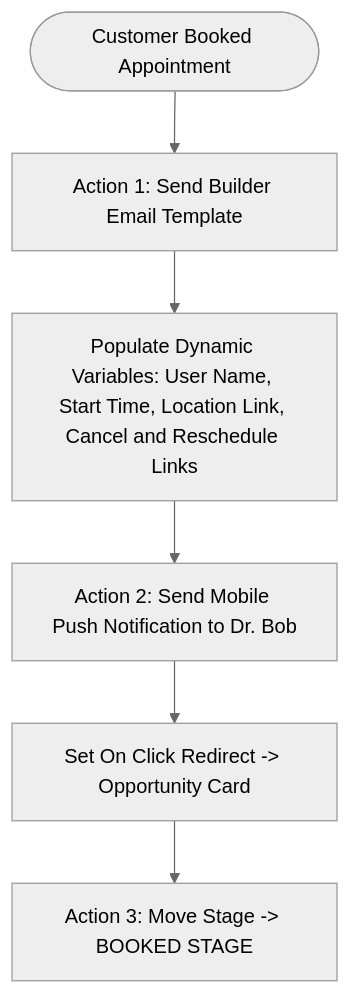
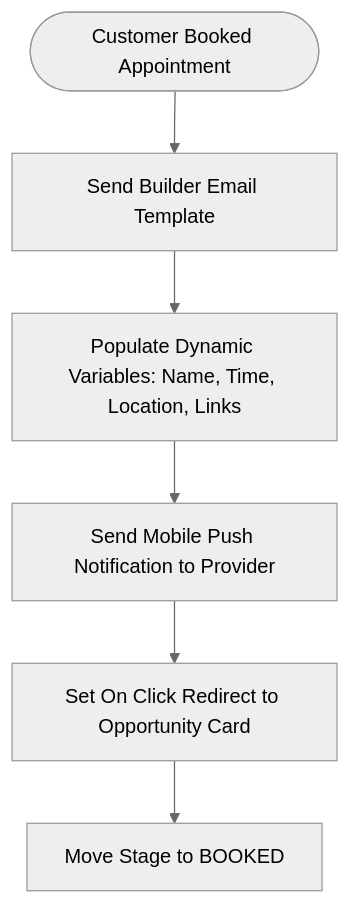
The fourth of 5 diagrams in content/articles/high-performance-gohighlevel-workflows.md (DerrickMits/ledger_article_site), drawn with Mermaid (neutral theme) before and after one commit. The commit also changed other lines of this file, not shown here.

First line of the commit message:
Shorten mermaid diagram node labels to fit inside shapes

````diff
--- a/content/articles/high-performance-gohighlevel-workflows.md
+++ b/content/articles/high-performance-gohighlevel-workflows.md
@@ -96,8 +96,8 @@
 ```mermaid
 flowchart TD
-    Trigger([Customer Booked Appointment]) --> Email[Action 1: Send Builder Email Template]
-    Email --> Variables[Populate Dynamic Variables: User Name, Start Time, Location Link, Cancel and Reschedule Links]
-    Variables --> AppPush[Action 2: Send Mobile Push Notification to Dr. Bob]
-    AppPush --> Redirect[Set On Click Redirect -> Opportunity Card]
-    Redirect --> Stage[Action 3: Move Stage -> BOOKED STAGE]
+    Trigger([Customer Booked Appointment]) --> Email[Send Builder Email Template]
+    Email --> Variables[Populate Dynamic Variables: Name, Time, Location, Links]
+    Variables --> AppPush[Send Mobile Push Notification to Provider]
+    AppPush --> Redirect[Set On Click Redirect to Opportunity Card]
+    Redirect --> Stage[Move Stage to BOOKED]
 ```
````
